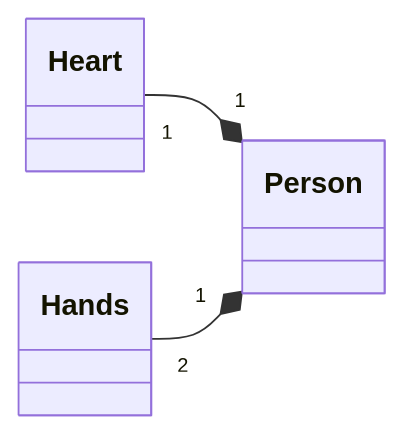
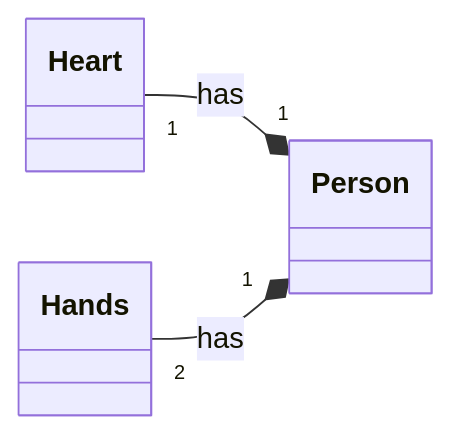
One commit to hasii2011/pyutplugins changed the diagram in tests/resources/testdata/mermaidgolden/MermaidComposition.md. Above: the diagram before and after it, drawn with Mermaid. The commit also changed 7 other files, not shown here.

First line of the commit message:
<Feature>[Mermaid Plugin]: <Update link generation>

````diff
--- a/tests/resources/testdata/mermaidgolden/MermaidComposition.md
+++ b/tests/resources/testdata/mermaidgolden/MermaidComposition.md
@@ -1,13 +1,13 @@
 ```mermaid
 classDiagram
     direction RL
     %% Links follow
-    Person "1" *-- "1" Heart
-    Person "1" *-- "2" Hands
+    Person "1" *-- "1" Heart : has
+    Person "1" *-- "2" Hands : has
     class Person { 
     }
     class Heart { 
     }
     class Hands { 
     }
 ```
````
